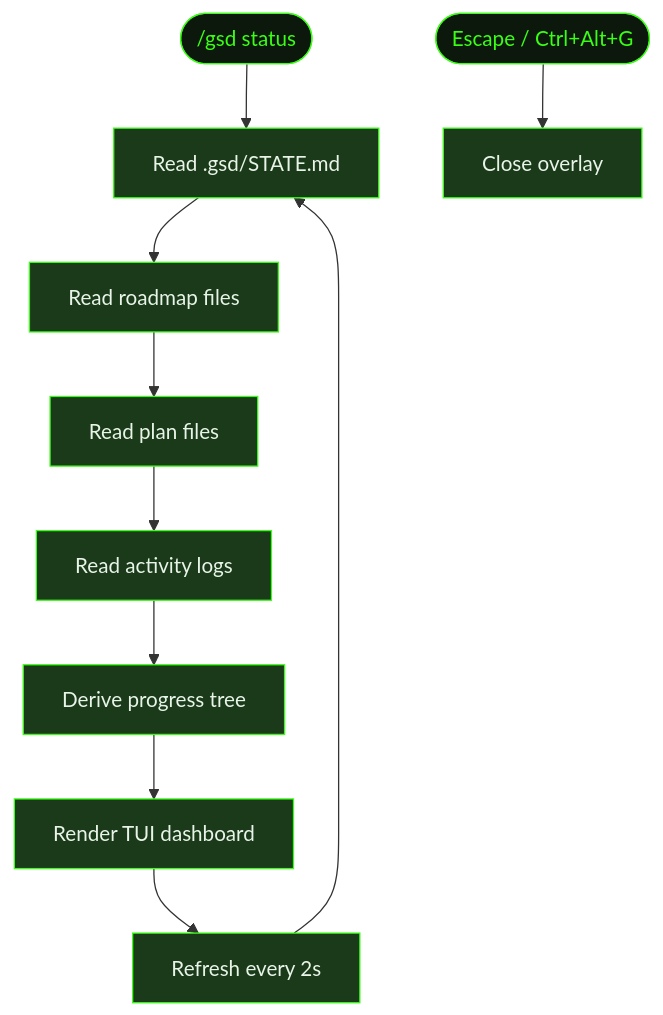
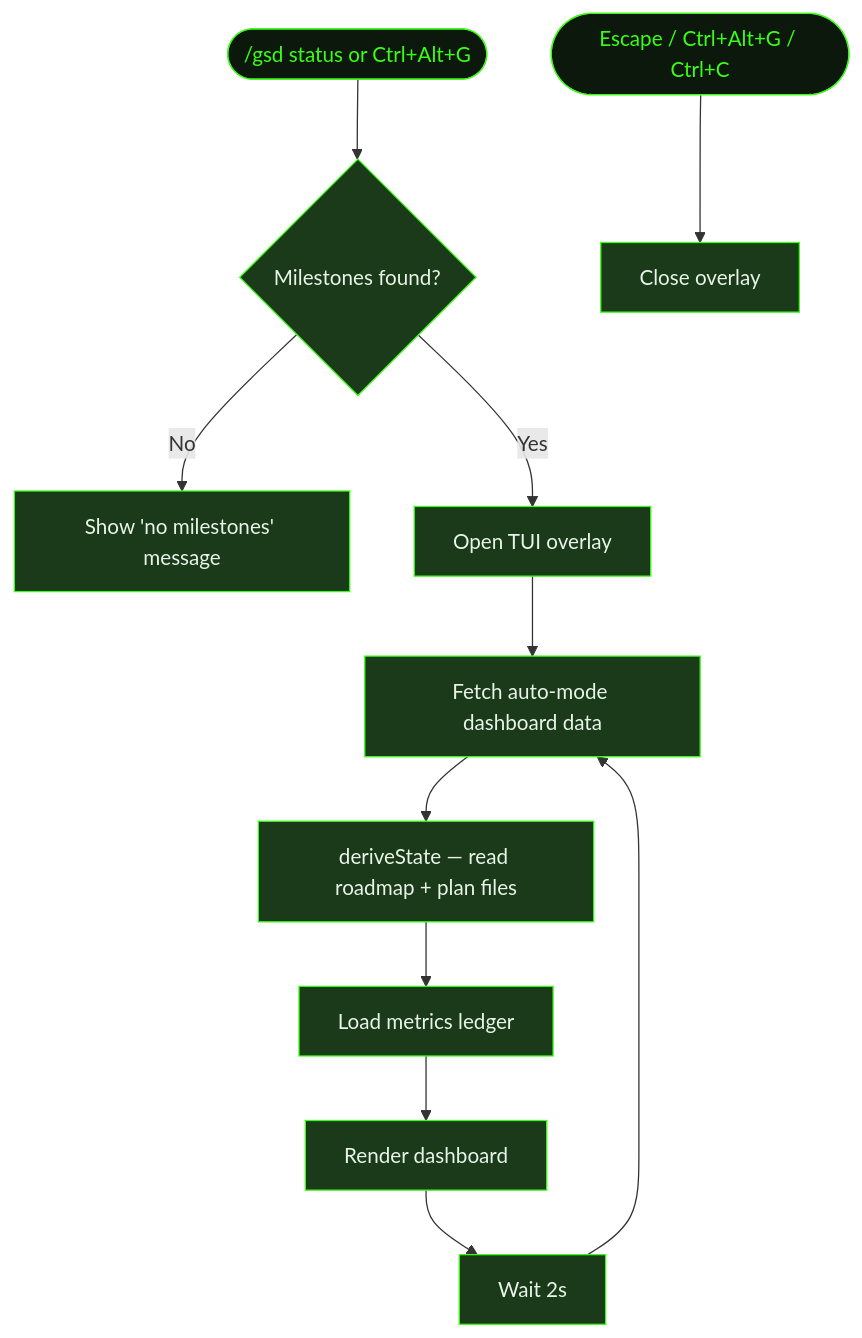
The diagram in src/content/docs/commands/status.mdx (shusha-group/gsd2-guide), drawn with Mermaid before and after one commit. The commit also changed other lines of this file and 49 other files, not shown here.

````diff
--- a/src/content/docs/commands/status.mdx
+++ b/src/content/docs/commands/status.mdx
@@ -24,24 +24,26 @@
 ```mermaid
 flowchart TD
-    Start(["/gsd status"]) --> ReadState[Read .gsd/STATE.md]
-    ReadState --> ReadRoadmap[Read roadmap files]
-    ReadRoadmap --> ReadPlans[Read plan files]
-    ReadPlans --> ReadActivity[Read activity logs]
-    ReadActivity --> Derive[Derive progress tree]
-    Derive --> Render[Render TUI dashboard]
-    Render --> Wait[Refresh every 2s]
-    Wait --> ReadState
-    
-    Dismiss([Escape / Ctrl+Alt+G]) --> Close[Close overlay]
+    Start(["/gsd status or Ctrl+Alt+G"]) --> CheckMilestones{Milestones found?}
+    CheckMilestones -- No --> Notify[Show 'no milestones' message]
+    CheckMilestones -- Yes --> OpenOverlay[Open TUI overlay]
+    OpenOverlay --> FetchLive[Fetch auto-mode dashboard data]
+    FetchLive --> DeriveState[deriveState — read roadmap + plan files]
+    DeriveState --> LoadMetrics[Load metrics ledger]
+    LoadMetrics --> Render[Render dashboard]
+    Render --> Wait[Wait 2s]
+    Wait --> FetchLive
+
+    Dismiss([Escape / Ctrl+Alt+G / Ctrl+C]) --> Close[Close overlay]
 
     style Start fill:#0d180d,stroke:#39ff14,color:#39ff14
     style Dismiss fill:#0d180d,stroke:#39ff14,color:#39ff14
-    style ReadState fill:#1a3a1a,stroke:#39ff14,color:#e8f4e8
-    style ReadRoadmap fill:#1a3a1a,stroke:#39ff14,color:#e8f4e8
-    style ReadPlans fill:#1a3a1a,stroke:#39ff14,color:#e8f4e8
-    style ReadActivity fill:#1a3a1a,stroke:#39ff14,color:#e8f4e8
-    style Derive fill:#1a3a1a,stroke:#39ff14,color:#e8f4e8
+    style CheckMilestones fill:#1a3a1a,stroke:#39ff14,color:#e8f4e8
+    style Notify fill:#1a3a1a,stroke:#39ff14,color:#e8f4e8
+    style OpenOverlay fill:#1a3a1a,stroke:#39ff14,color:#e8f4e8
+    style FetchLive fill:#1a3a1a,stroke:#39ff14,color:#e8f4e8
+    style DeriveState fill:#1a3a1a,stroke:#39ff14,color:#e8f4e8
+    style LoadMetrics fill:#1a3a1a,stroke:#39ff14,color:#e8f4e8
     style Render fill:#1a3a1a,stroke:#39ff14,color:#e8f4e8
     style Wait fill:#1a3a1a,stroke:#39ff14,color:#e8f4e8
     style Close fill:#1a3a1a,stroke:#39ff14,color:#e8f4e8
 ```
````
